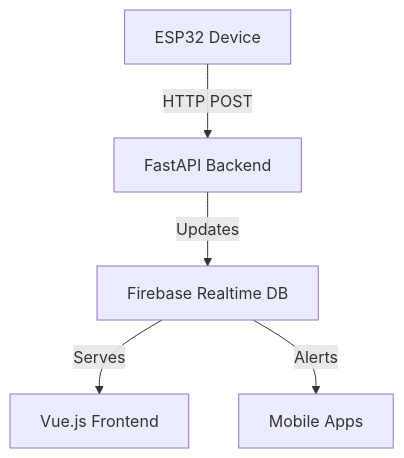
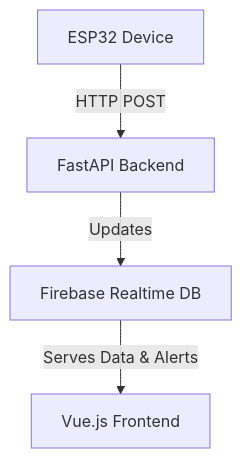
The diagram in README.md (mukoma-mpashi/backend-liwena), drawn with Mermaid before and after one commit. The commit also changed other lines of this file, not shown here.

````diff
--- a/README.md
+++ b/README.md
@@ -9,7 +9,6 @@
 ```mermaid
 graph TD
     ESP[ESP32 Device] -->|HTTP POST| API[FastAPI Backend]
     API -->|Updates| FB[Firebase Realtime DB]
-    FB -->|Serves| UI[Vue.js Frontend]
-    FB -->|Alerts| Mobile[Mobile Apps]
+    FB -->|Serves Data & Alerts| UI[Vue.js Frontend]
 ```
````
